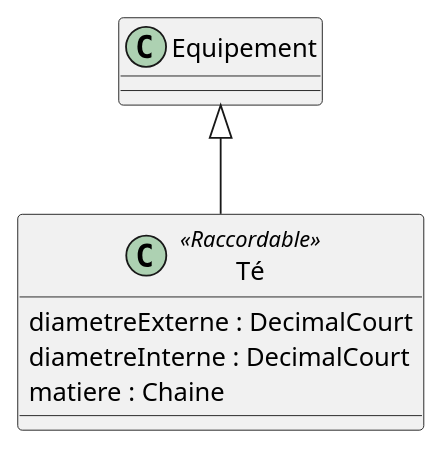
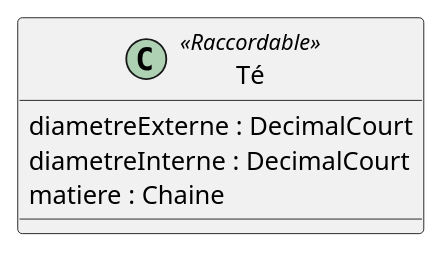
Before and after one commit to beerfactory/brewbox-uml: the diagram in te.iuml, drawn with PlantUML. The commit also changed 4 other files, not shown here.

```diff
--- a/te.iuml
+++ b/te.iuml
@@ -1,7 +1,5 @@
 class Té <<Raccordable>> {
     diametreExterne : DecimalCourt
     diametreInterne : DecimalCourt
     matiere : Chaine
 }
-
-Equipement <|-- Té
```
